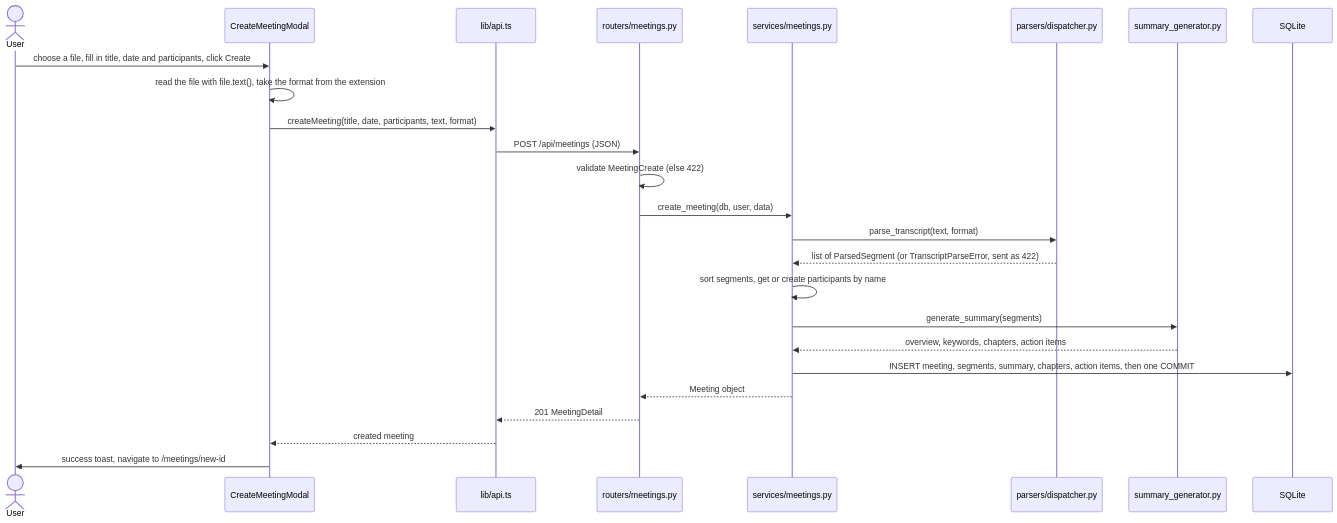
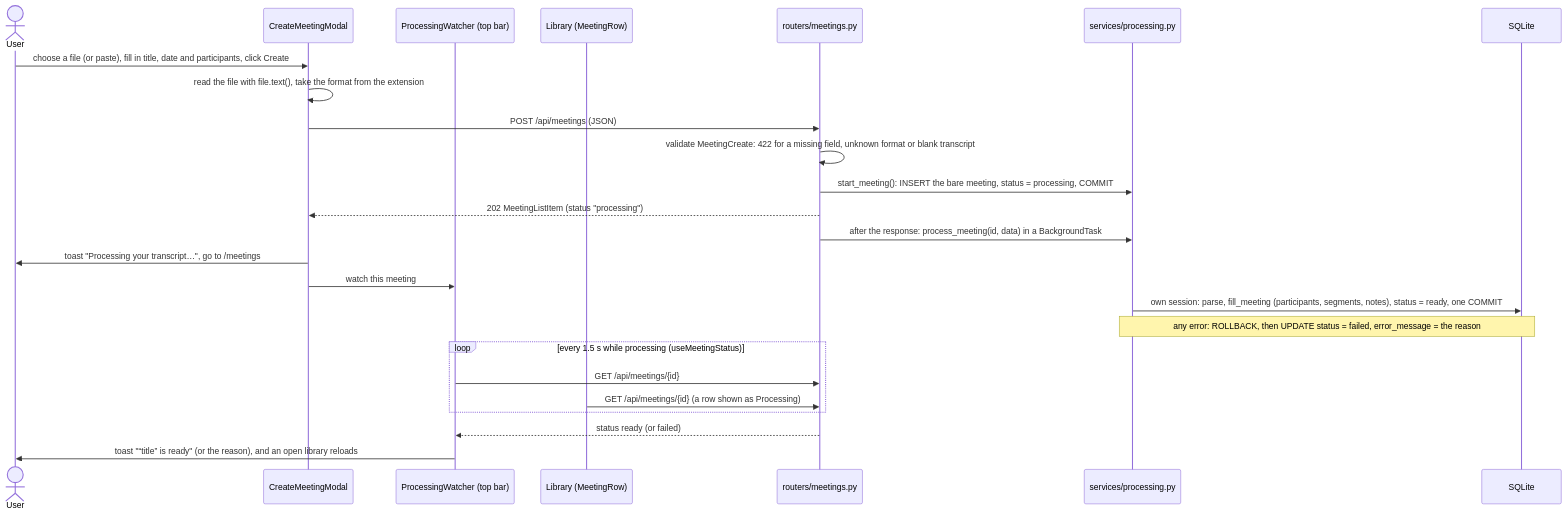
One commit to Ritvik2209/fireflies-clone changed the sixth of 9 diagrams in docs/ARCHITECTURE.md. Above: the diagram before and after it, drawn with Mermaid. The commit also changed other lines of this file and 2 other files, not shown here.

First line of the commit message:
docs: document background processing for uploads (Extra 3)

````diff
--- a/docs/ARCHITECTURE.md
+++ b/docs/ARCHITECTURE.md
@@ -810,27 +814,27 @@
 ```mermaid
 sequenceDiagram
     actor U as User
     participant M as CreateMeetingModal
-    participant A as lib/api.ts
+    participant W as ProcessingWatcher (top bar)
+    participant L as Library (MeetingRow)
     participant R as routers/meetings.py
-    participant S as services/meetings.py
-    participant X as parsers/dispatcher.py
-    participant G as summary_generator.py
+    participant P as services/processing.py
     participant D as SQLite
-    U->>M: choose a file, fill in title, date and participants, click Create
+    U->>M: choose a file (or paste), fill in title, date and participants, click Create
     M->>M: read the file with file.text(), take the format from the extension
-    M->>A: createMeeting(title, date, participants, text, format)
-    A->>R: POST /api/meetings (JSON)
-    R->>R: validate MeetingCreate (else 422)
-    R->>S: create_meeting(db, user, data)
-    S->>X: parse_transcript(text, format)
-    X-->>S: list of ParsedSegment (or TranscriptParseError, sent as 422)
-    S->>S: sort segments, get or create participants by name
-    S->>G: generate_summary(segments)
-    G-->>S: overview, keywords, chapters, action items
-    S->>D: INSERT meeting, segments, summary, chapters, action items, then one COMMIT
-    S-->>R: Meeting object
-    R-->>A: 201 MeetingDetail
-    A-->>M: created meeting
-    M->>U: success toast, navigate to /meetings/new-id
+    M->>R: POST /api/meetings (JSON)
+    R->>R: validate MeetingCreate: 422 for a missing field, unknown format or blank transcript
+    R->>P: start_meeting(): INSERT the bare meeting, status = processing, COMMIT
+    R-->>M: 202 MeetingListItem (status "processing")
+    R->>P: after the response: process_meeting(id, data) in a BackgroundTask
+    M->>U: toast "Processing your transcript…", go to /meetings
+    M->>W: watch this meeting
+    P->>D: own session: parse, fill_meeting (participants, segments, notes), status = ready, one COMMIT
+    Note over P,D: any error: ROLLBACK, then UPDATE status = failed, error_message = the reason
+    loop every 1.5 s while processing (useMeetingStatus)
+        W->>R: GET /api/meetings/{id}
+        L->>R: GET /api/meetings/{id} (a row shown as Processing)
+    end
+    R-->>W: status ready (or failed)
+    W->>U: toast "“title” is ready" (or the reason), and an open library reloads
 ```
````
